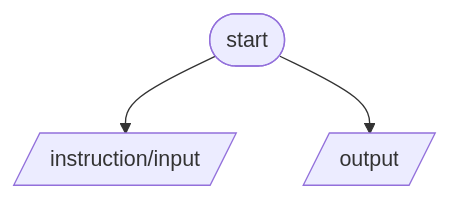
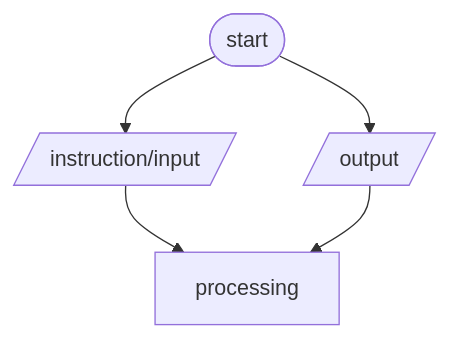
The diagram in programming.md (mHadi1091/my-notes-practice-), drawn with Mermaid before and after one commit.

````diff
--- a/programming.md
+++ b/programming.md
@@ -101,6 +101,7 @@
 ```mermaid
 flowchart TD
 A([start]) --> B[/instruction/input/]
 A--> C[/output/]
+B & C --> D[processing]
  
 ```
````
